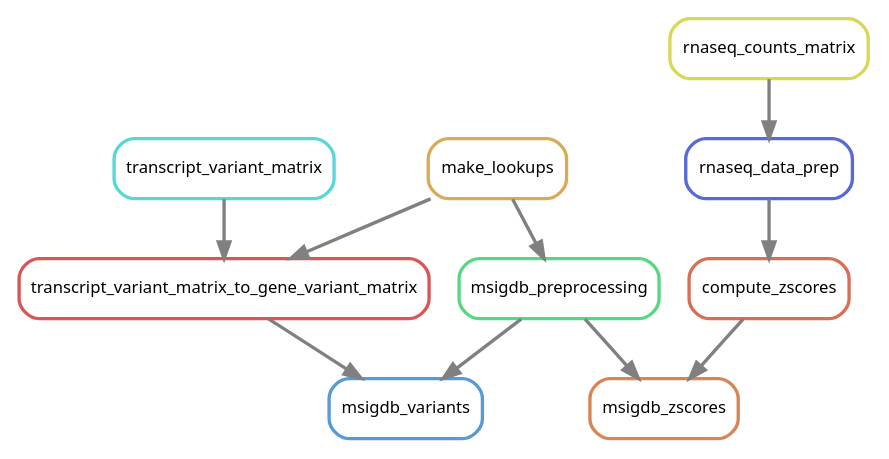
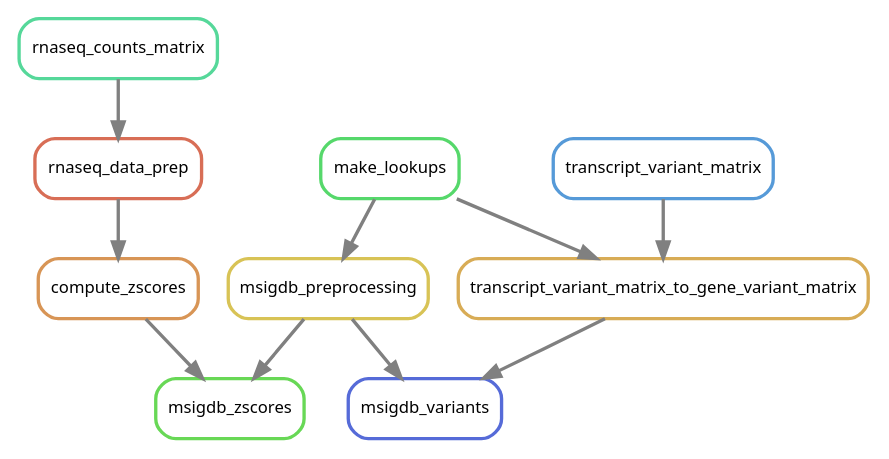
Before and after one commit to NCBI-Hackathons/Pharmacogenomics_Prediction_Pipeline_P3: the diagram in doc/source/images/msigdb.dot, drawn with Graphviz. The commit also changed 29 other files, not shown here.

```diff
--- a/doc/source/images/msigdb.dot
+++ b/doc/source/images/msigdb.dot
@@ -1,23 +1,23 @@
 digraph snakemake_dag {
     graph[bgcolor=white, margin=0];
     node[shape=box, style=rounded, fontname=sans,                 fontsize=10, penwidth=2];
     edge[penwidth=2, color=grey];
-	0[label = "compute_zscores", color = "0.03 0.6 0.85", style="rounded"];
-	1[label = "msigdb_zscores", color = "0.06 0.6 0.85", style="rounded"];
-	2[label = "rnaseq_counts_matrix", color = "0.17 0.6 0.85", style="rounded"];
-	3[label = "msigdb_preprocessing", color = "0.39 0.6 0.85", style="rounded"];
-	4[label = "make_lookups", color = "0.11 0.6 0.85", style="rounded"];
-	5[label = "transcript_variant_matrix_to_gene_variant_matrix", color = "0.00 0.6 0.85", style="rounded"];
-	6[label = "msigdb_variants", color = "0.58 0.6 0.85", style="rounded"];
-	7[label = "transcript_variant_matrix", color = "0.50 0.6 0.85", style="rounded"];
-	8[label = "rnaseq_data_prep", color = "0.64 0.6 0.85", style="rounded"];
-	8 -> 0
+	0[label = "msigdb_preprocessing", color = "0.14 0.6 0.85", style="rounded"];
+	1[label = "msigdb_zscores", color = "0.31 0.6 0.85", style="rounded"];
+	2[label = "transcript_variant_matrix", color = "0.58 0.6 0.85", style="rounded"];
+	3[label = "make_lookups", color = "0.36 0.6 0.85", style="rounded"];
+	4[label = "transcript_variant_matrix_to_gene_variant_matrix", color = "0.11 0.6 0.85", style="rounded"];
+	5[label = "rnaseq_data_prep", color = "0.03 0.6 0.85", style="rounded"];
+	6[label = "rnaseq_counts_matrix", color = "0.42 0.6 0.85", style="rounded"];
+	7[label = "compute_zscores", color = "0.08 0.6 0.85", style="rounded"];
+	8[label = "msigdb_variants", color = "0.64 0.6 0.85", style="rounded"];
+	3 -> 0
 	0 -> 1
-	3 -> 1
-	4 -> 3
-	4 -> 5
-	7 -> 5
-	3 -> 6
-	5 -> 6
-	2 -> 8
+	7 -> 1
+	3 -> 4
+	2 -> 4
+	6 -> 5
+	5 -> 7
+	0 -> 8
+	4 -> 8
 }            
```
